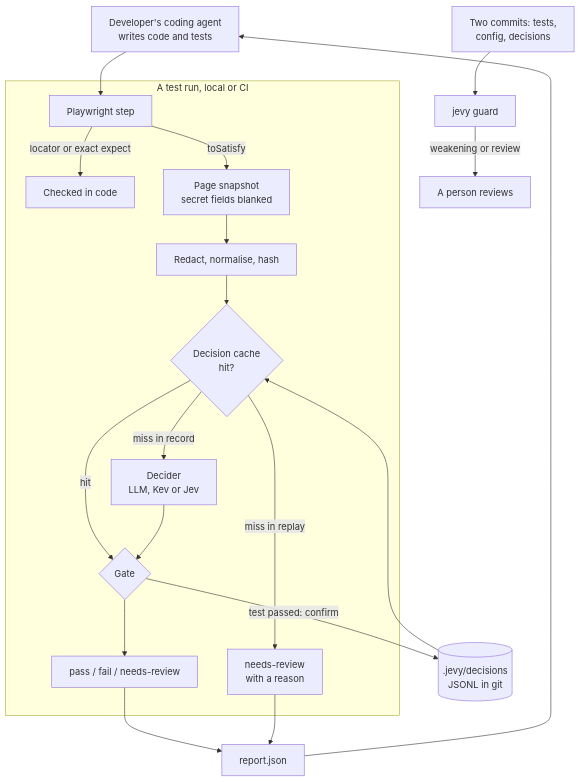
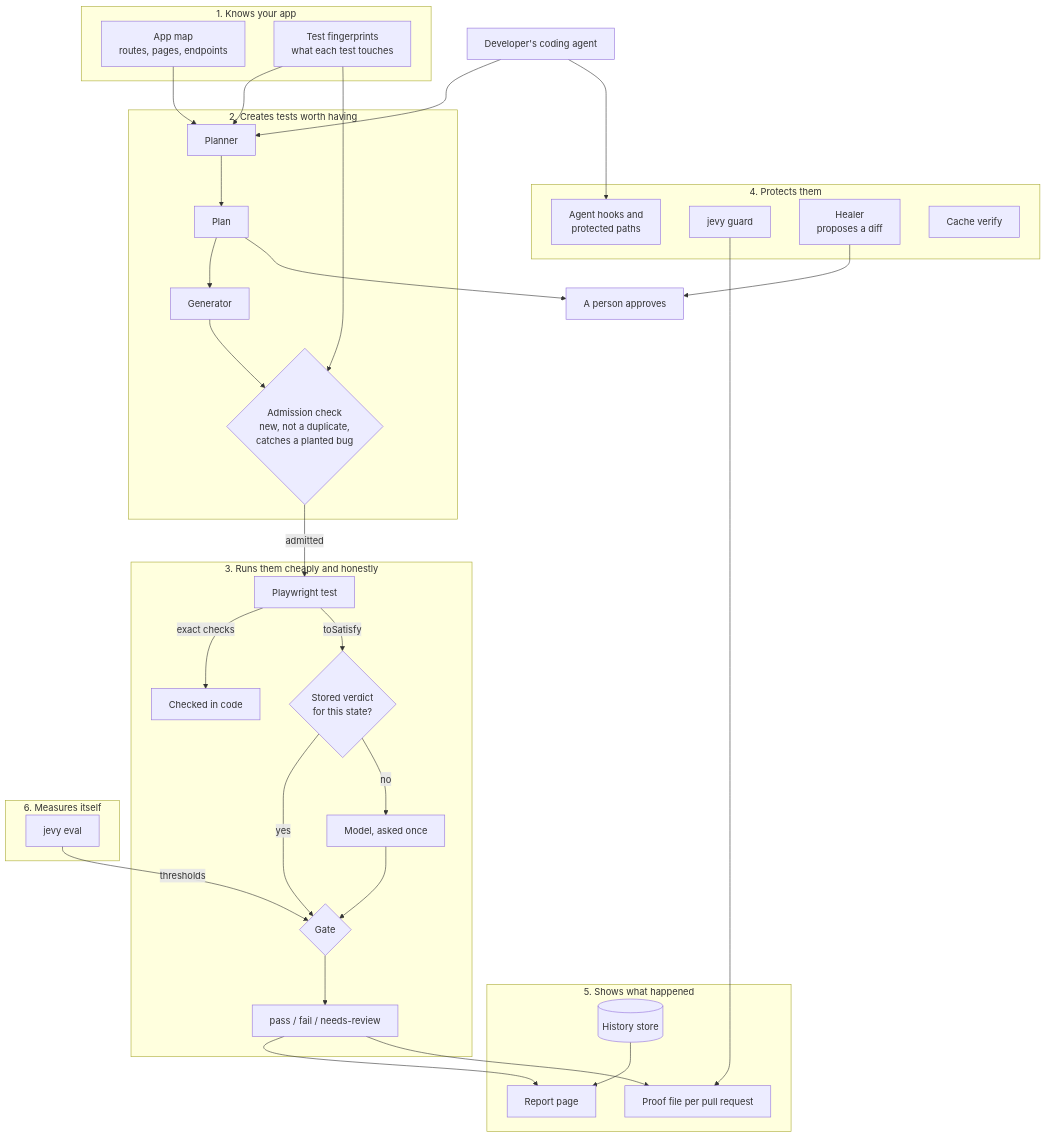
Before and after one commit to AdamGencel/jevy: the diagram in docs/DESIGN.md, drawn with Mermaid. The commit also changed other lines of this file and 5 other files, not shown here.

First line of the commit message:
docs: add the six-jobs overview, AGENTS.md and the step 2 build plan

````diff
--- a/docs/DESIGN.md
+++ b/docs/DESIGN.md
@@ -43,22 +54,56 @@
 ```mermaid
 flowchart TD
-  Agent["Developer's coding agent<br/>writes code and tests"] --> Test
-  subgraph Run["A test run, local or CI"]
-    Test["Playwright step"] -->|"locator or exact expect"| Code["Checked in code"]
-    Test -->|"toSatisfy"| Snap["Page snapshot<br/>secret fields blanked"]
-    Snap --> Proj["Redact, normalise, hash"]
-    Proj --> Cache{"Decision cache<br/>hit?"}
-    Cache -->|"hit"| Gate{"Gate"}
-    Cache -->|"miss in replay"| Review["needs-review<br/>with a reason"]
-    Cache -->|"miss in record"| Decider["Decider<br/>LLM, Kev or Jev"]
+  Agent["Developer's coding agent"]
+  Person["A person approves"]
+
+  subgraph J1["1. Knows your app"]
+    Map["App map<br/>routes, pages, endpoints"]
+    FP["Test fingerprints<br/>what each test touches"]
+  end
+
+  subgraph J2["2. Creates tests worth having"]
+    Planner["Planner"] --> Plan["Plan"]
+    Plan --> Generator["Generator"]
+    Generator --> Admit{"Admission check<br/>new, not a duplicate,<br/>catches a planted bug"}
+  end
+
+  subgraph J3["3. Runs them cheaply and honestly"]
+    Test["Playwright test"] -->|"exact checks"| Code["Checked in code"]
+    Test -->|"toSatisfy"| Cache{"Stored verdict<br/>for this state?"}
+    Cache -->|"yes"| Gate{"Gate"}
+    Cache -->|"no"| Decider["Model, asked once"]
     Decider --> Gate
     Gate --> Verdict["pass / fail / needs-review"]
   end
-  Gate -->|"test passed: confirm"| Store[(".jevy/decisions<br/>JSONL in git")]
-  Store --> Cache
-  Verdict --> Report["report.json"]
-  Review --> Report
-  Report --> Agent
-  Diff["Two commits: tests,<br/>config, decisions"] --> Guard["jevy guard"]
-  Guard -->|"weakening or review"| Person["A person reviews"]
+
+  subgraph J4["4. Protects them"]
+    Hooks["Agent hooks and<br/>protected paths"]
+    Guard["jevy guard"]
+    Healer["Healer<br/>proposes a diff"]
+    Verify["Cache verify"]
+  end
+
+  subgraph J5["5. Shows what happened"]
+    Page["Report page"]
+    History[("History store")]
+    Bundle["Proof file per pull request"]
+  end
+
+  subgraph J6["6. Measures itself"]
+    Eval["jevy eval"]
+  end
+
+  Agent --> Planner
+  Map --> Planner
+  FP --> Planner
+  FP --> Admit
+  Plan --> Person
+  Admit -->|"admitted"| Test
+  Agent --> Hooks
+  Healer --> Person
+  Verdict --> Page
+  Verdict --> Bundle
+  Guard --> Bundle
+  History --> Page
+  Eval -->|"thresholds"| Gate
 ```
````
